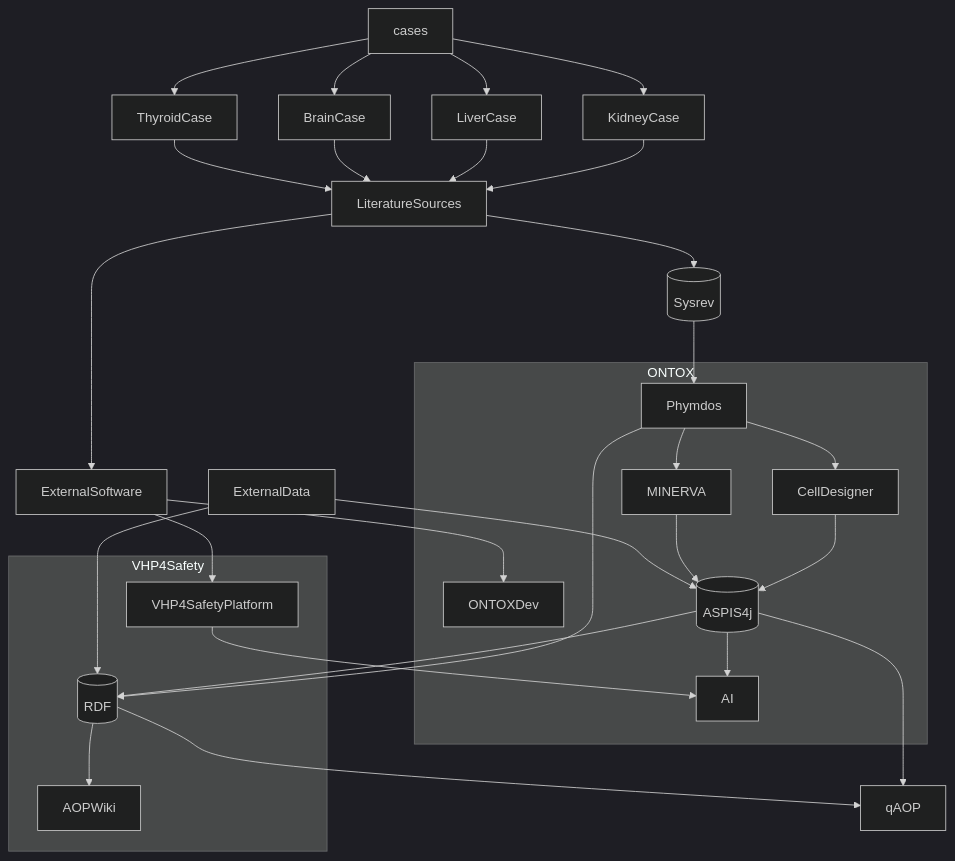
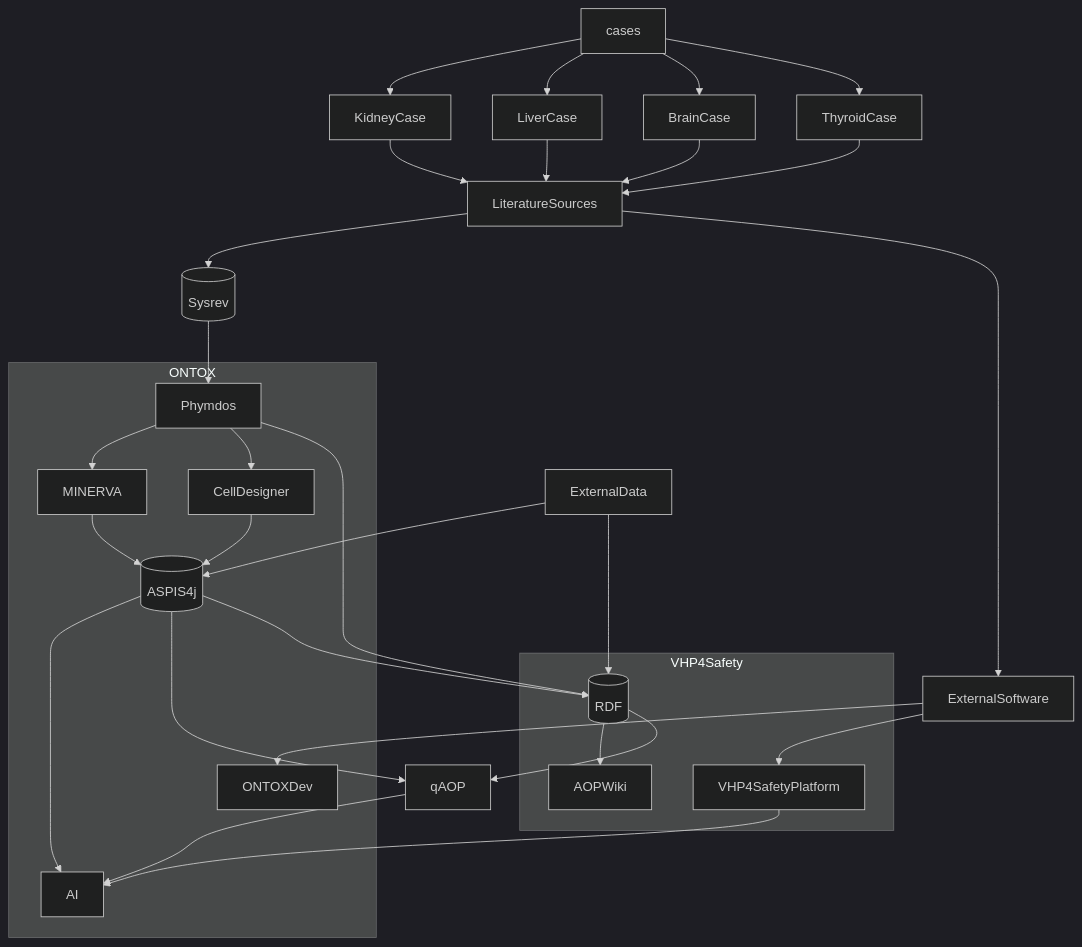
One commit to ontox-hu/workflows changed the diagram in ONTOX-vs-VHP4Safety.md. Above: the diagram before and after it, drawn with Mermaid (dark theme).

````diff
--- a/ONTOX-vs-VHP4Safety.md
+++ b/ONTOX-vs-VHP4Safety.md
@@ -1,46 +1,46 @@
 ```mermaid
 flowchart TB
 
     cases-->KidneyCase
     cases-->LiverCase
     cases-->BrainCase
     cases-->ThyroidCase
      
     KidneyCase-->LiteratureSources
     LiverCase-->LiteratureSources
     BrainCase-->LiteratureSources
     ThyroidCase-->LiteratureSources
     LiteratureSources-->Sysrev[(Sysrev)]
     Sysrev[(Sysrev)]-->Phymdos
     
     subgraph ONTOX
     ONTOXDev
     Phymdos-->MINERVA
     Phymdos-->CellDesigner
     
     CellDesigner-->ASPIS4j[(ASPIS4j)]
     MINERVA-->ASPIS4j[(ASPIS4j)]
     ASPIS4j[(ASPIS4j)]-->AI
     
     end
     
     subgraph VHP4Safety
     Phymdos-->RDF[(RDF)]
     RDF[(RDF)]-->AOPWiki
     
     VHP4SafetyPlatform
     VHP4SafetyPlatform-->AI
     end
     
     LiteratureSources-->ExternalSoftware
     ExternalSoftware-->VHP4SafetyPlatform
     ExternalSoftware-->ONTOXDev
     ExternalData-->ASPIS4j[(ASPIS4j)]
     RDF[(RDF)]-->qAOP
     ASPIS4j[(ASPIS4j)]-->qAOP
     ASPIS4j[(ASPIS4j)]-->RDF[(RDF)]
     ExternalData-->RDF[(RDF)]
-    
+    qAOP-->AI
     
     
 ```
````
